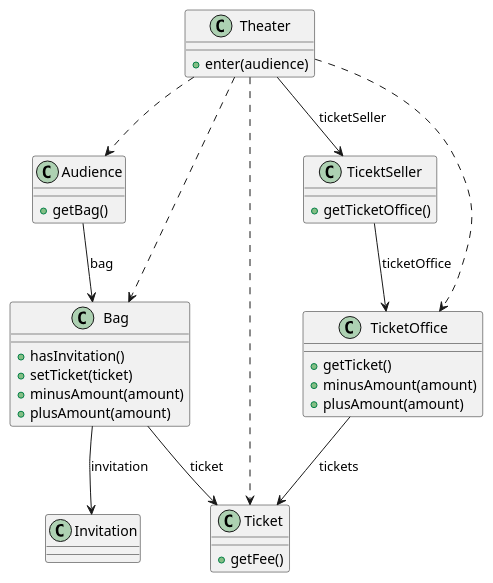
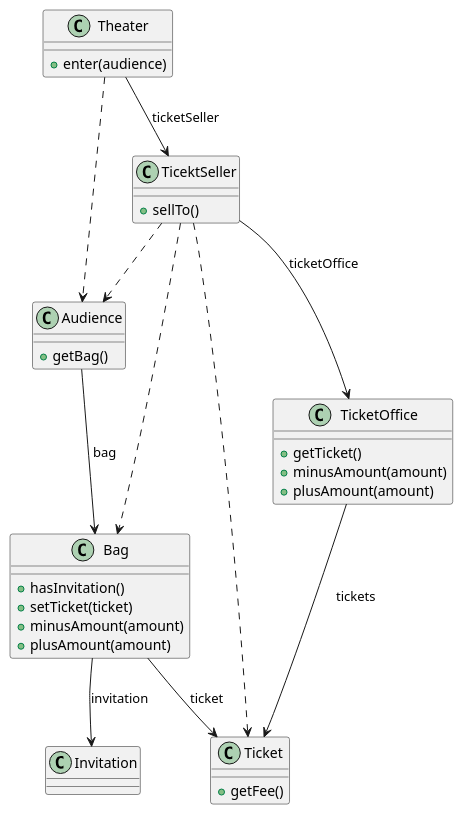
One commit to vomvoru/object-study changed the diagram in uml.pu. Above: the diagram before and after it, drawn with PlantUML. The commit also changed 2 other files, not shown here.

```diff
--- a/uml.pu
+++ b/uml.pu
@@ -1,49 +1,49 @@
 @startuml
 Audience --> Bag: bag
 
 Bag --> Invitation: invitation
 Bag --> Ticket: ticket
 
 TicektSeller --> TicketOffice: ticketOffice
+TicektSeller ..> Bag
+TicektSeller ..> Ticket
+TicektSeller ..> Audience
 
 TicketOffice --> Ticket: tickets
 
 Theater --> TicektSeller: ticketSeller
 Theater ..> Audience
-Theater ..> Bag
-Theater ..> TicketOffice
-Theater ..> Ticket
 
 class Audience {
   +getBag()
 }
 
 class Bag {
   +hasInvitation()
   +setTicket(ticket)
   +minusAmount(amount)
   +plusAmount(amount)
 }
 
 class Invitation {
   
 }
 
 class Ticket {
   +getFee()
 }
 
 class TicektSeller {
-  +getTicketOffice()
+  +sellTo()
 }
 
 class TicketOffice {
   +getTicket()
   +minusAmount(amount)
   +plusAmount(amount)
 }
 
 class Theater {
   +enter(audience)
 }
 @enduml
```
